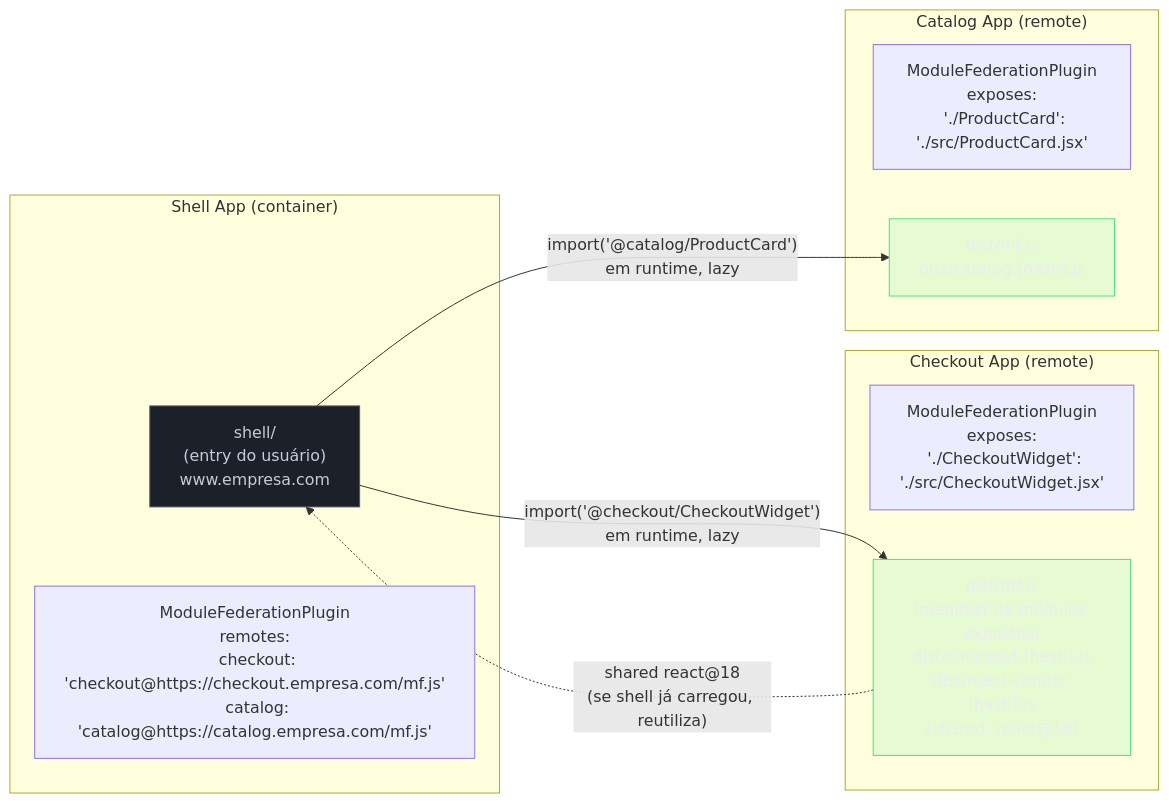
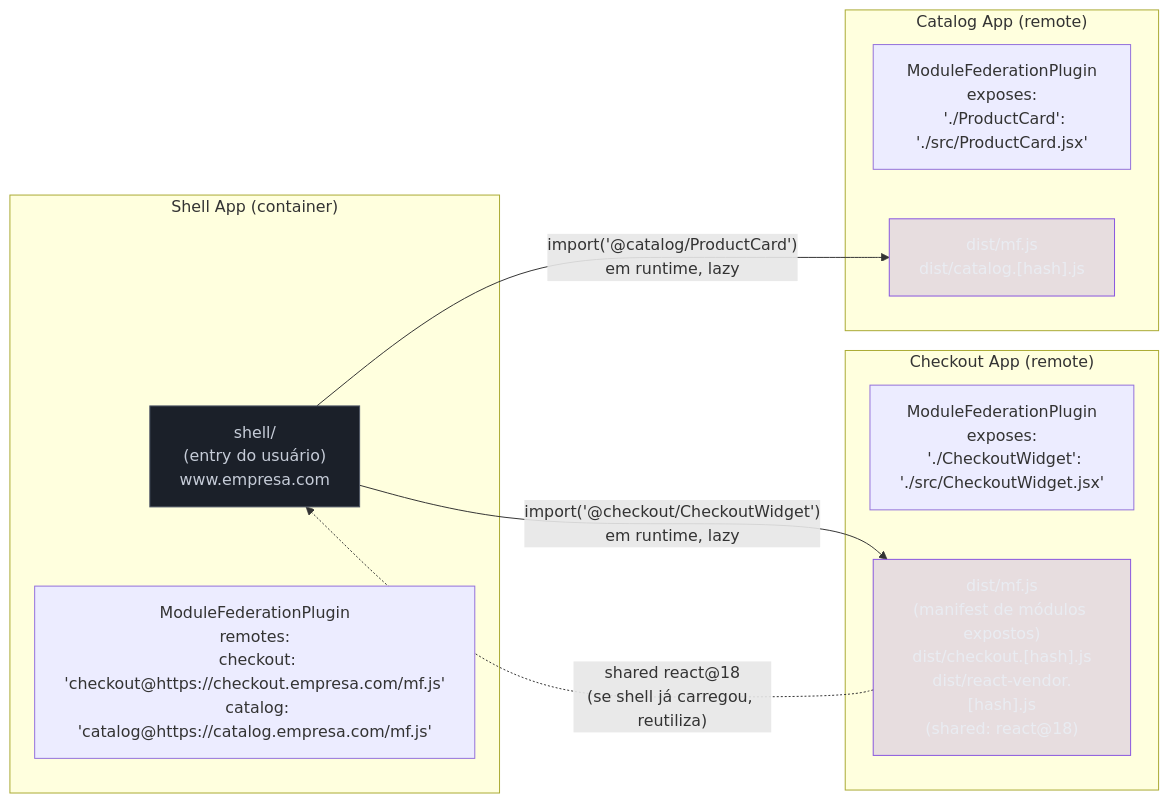
Before and after one commit to josenaldo/codex-technomanticus: the seventh of 10 diagrams in 03-Dominios/Tecnologia/Tooling e Build/11 - webpack - o veterano.md, drawn with Mermaid. The commit also changed other lines of this file and 601 other files, not shown here.

````diff
--- a/03-Dominios/Tecnologia/Tooling e Build/11 - webpack - o veterano.md
+++ b/03-Dominios/Tecnologia/Tooling e Build/11 - webpack - o veterano.md
@@ -859,27 +858,27 @@
 ```mermaid
 flowchart LR
+    classDef marca fill:#8855DF33,stroke:#8855DF,color:#E9ECF2
     classDef neutro fill:#1B2029,stroke:#4E5666,color:#C6CCD8
-    classDef ok fill:#4ADE8021,stroke:#4ADE80,color:#E9ECF2
     subgraph "Shell App (container)"
         SHELL["shell/\n(entry do usuário)\nwww.empresa.com"]
         SHELL_MF["ModuleFederationPlugin\nremotes:\n  checkout: 'checkout@https://checkout.empresa.com/mf.js'\n  catalog: 'catalog@https://catalog.empresa.com/mf.js'"]
     end
 
     subgraph "Checkout App (remote)"
         CHECK_MF["ModuleFederationPlugin\nexposes:\n  './CheckoutWidget': './src/CheckoutWidget.jsx'"]
         CHECK_BUILD["dist/mf.js\n(manifest de módulos expostos)\ndist/checkout.[hash].js\ndist/react-vendor.[hash].js\n(shared: react@18)"]
     end
 
     subgraph "Catalog App (remote)"
         CAT_MF["ModuleFederationPlugin\nexposes:\n  './ProductCard': './src/ProductCard.jsx'"]
         CAT_BUILD["dist/mf.js\ndist/catalog.[hash].js"]
     end
 
     SHELL -->|"import('@checkout/CheckoutWidget')\nem runtime, lazy"| CHECK_BUILD
     SHELL -->|"import('@catalog/ProductCard')\nem runtime, lazy"| CAT_BUILD
     CHECK_BUILD -.->|"shared react@18\n(se shell já carregou, reutiliza)"| SHELL
 
     class SHELL neutro
-    class CHECK_BUILD ok
-    class CAT_BUILD ok
+    class CHECK_BUILD marca
+    class CAT_BUILD marca
 ```
````
